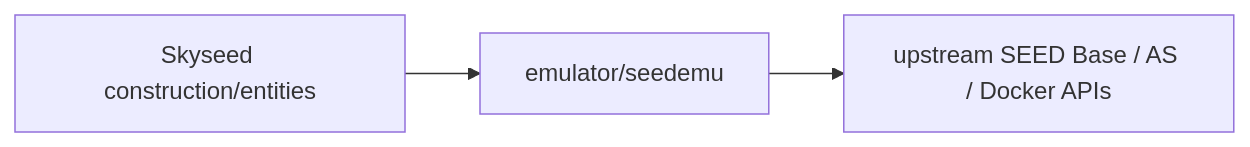
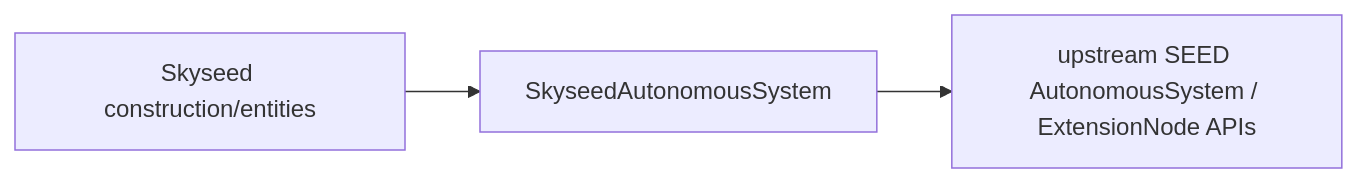
Before and after one commit to seed-labs/skyseed: the first of 4 diagrams in skyseed_v2/src/skyseed_v2/emulator/seedemu/README.md, drawn with Mermaid. The commit also changed other lines of this file and 52 other files, not shown here.

Commit message:
refactor: align Skyseed entities with upstream SEED lifecycle

````diff
--- a/skyseed_v2/src/skyseed_v2/emulator/seedemu/README.md
+++ b/skyseed_v2/src/skyseed_v2/emulator/seedemu/README.md
@@ -13,5 +12,5 @@
 ```mermaid
 flowchart LR
-    SKY["Skyseed construction/entities"] --> EXT["emulator/seedemu"]
-    EXT --> UPSTREAM["upstream SEED Base / AS / Docker APIs"]
+    SKY["Skyseed construction/entities"] --> EXT["SkyseedAutonomousSystem"]
+    EXT --> UPSTREAM["upstream SEED AutonomousSystem / ExtensionNode APIs"]
 ```
````
